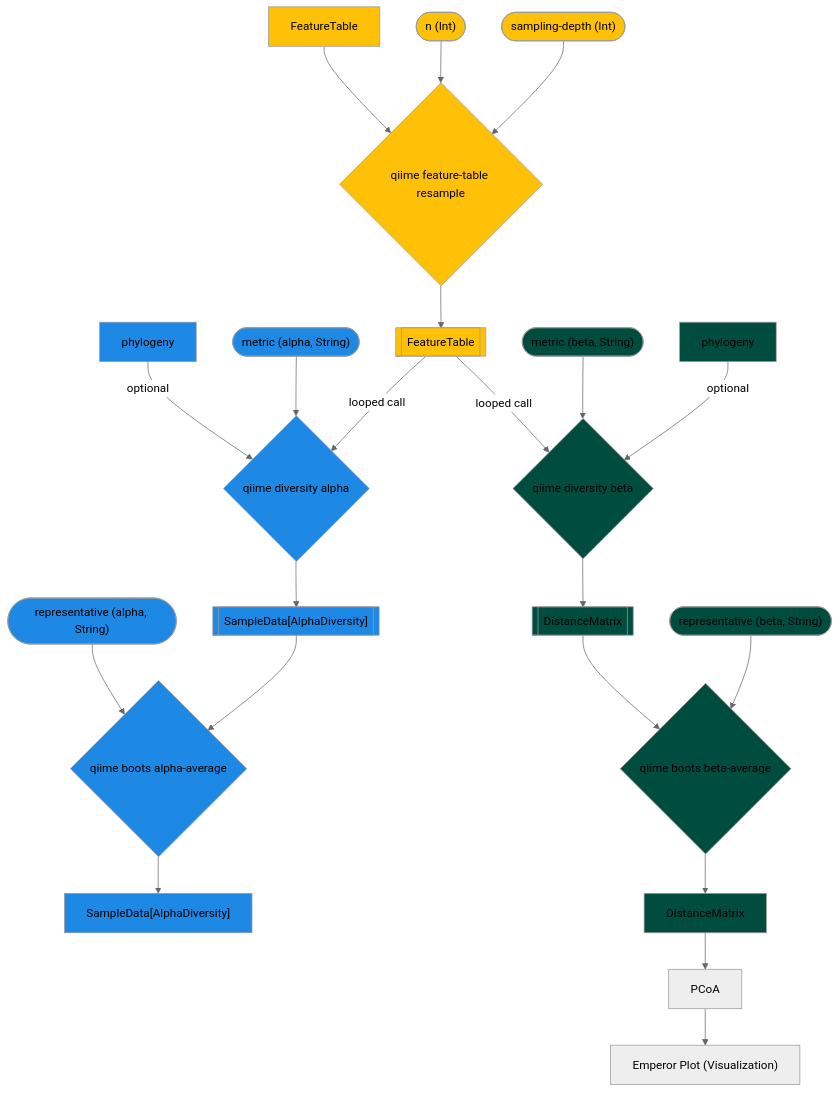
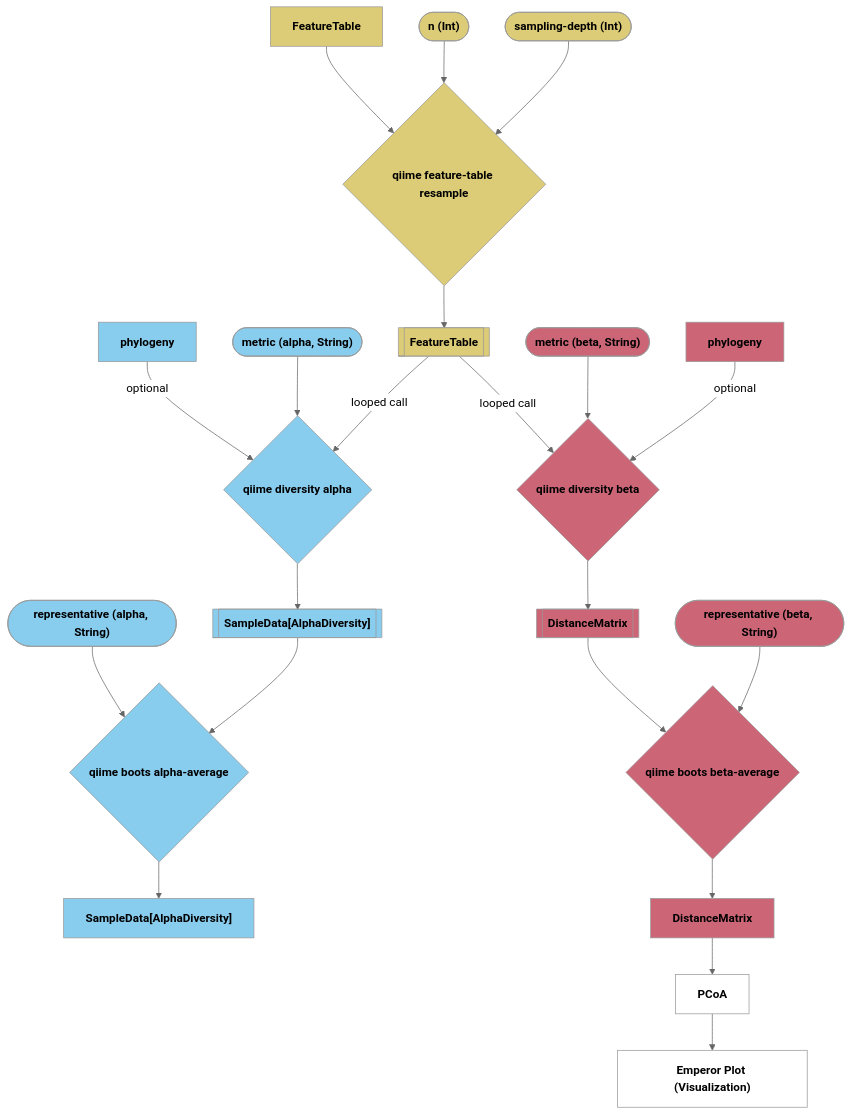
Before and after one commit to caporaso-lab/q2-boots: the diagram in pipeline-chart.md, drawn with Mermaid (neutral theme).

Commit message:
bold chart

````diff
--- a/pipeline-chart.md
+++ b/pipeline-chart.md
@@ -1,62 +1,54 @@
 ```mermaid
 flowchart TD
     
-    feature-table[FeatureTable] --> resample
-    n(["n (Int)"]) --> resample
-    sampling-depth(["sampling-depth (Int)"]) --> resample
-    phylogeny-alpha[phylogeny] -- optional --> div-alpha
-    alpha-metric(["metric (alpha, String)"]) --> div-alpha
-    resample{qiime feature-table resample} -->
-    feature-collection[[FeatureTable]] -- looped call --> div-alpha
+    feature-table["<b>FeatureTable"] --> resample
+    n(["<b>n (Int)"]) --> resample
+    sampling-depth(["<b>sampling-depth (Int)"]) --> resample
+    phylogeny-alpha[<b>phylogeny] -- optional --> div-alpha
+    alpha-metric(["<b>metric (alpha, String)"]) --> div-alpha
+    resample{<b>qiime feature-table resample} -->
+    feature-collection[[<b>FeatureTable]] -- looped call --> div-alpha
     feature-collection -- looped call --> beta-diversity
-    div-alpha{qiime diversity alpha} --> sd-collection
-    alpha-rep(["representative (alpha, String)"]) --> alpha-avg
-    sd-collection[["SampleData[AlphaDiversity]"]] -->
-    alpha-avg{qiime boots alpha-average} -->
-    sample-data["SampleData[AlphaDiversity]"]
+    div-alpha{<b>qiime diversity alpha} --> sd-collection
+    alpha-rep(["<b>representative (alpha, String)"]) --> alpha-avg
+    sd-collection[["<b>SampleData[AlphaDiversity]"]] -->
+    alpha-avg{<b>qiime boots alpha-average} -->
+    sample-data["<b>SampleData[AlphaDiversity]"]
 
-    style feature-table fill:#FFC107
-    style feature-table color:black
+    style feature-table fill:#DDCC77
+    style n fill:#DDCC77
+    style sampling-depth fill:#DDCC77
+    style resample fill:#DDCC77
+    style feature-collection fill:#DDCC77
 
-    style n fill:#FFC107
-    style n color:black
+    style phylogeny-alpha fill:#88CCEE
+    style alpha-metric fill:#88CCEE
+    style div-alpha fill:#88CCEE
+    style sd-collection fill:#88CCEE
+    style alpha-rep fill:#88CCEE
+    style alpha-avg fill:#88CCEE
+    style sample-data fill:#88CCEE
 
-    style sampling-depth fill:#FFC107
-    style sampling-depth color:black
+    beta-diversity{<b>qiime diversity beta} --> dms
+    beta-metric(["<b>metric (beta, String)"]) --> beta-diversity
+    phylogeny-beta[<b>phylogeny] -- optional --> beta-diversity
 
-    style resample fill:#FFC107
-    style resample color:black
-    style feature-collection color:black
-    style feature-collection fill:#FFC107
+    dms[[<b>DistanceMatrix]] --> beta-average
+    beta-rep(["<b>representative (beta, String)"]) -->
+    beta-average{<b>qiime boots beta-average} -->
+    dm[<b>DistanceMatrix]
+  
+    style beta-diversity fill:#CC6677
+    style beta-metric fill:#CC6677
+    style phylogeny-beta fill:#CC6677
+    style dms fill:#CC6677
+    style beta-rep fill:#CC6677
+    style beta-average fill:#CC6677
+    style dm fill:#CC6677
 
-    style phylogeny-alpha fill:#1E88E5
-    style alpha-metric fill:#1E88E5
-    style div-alpha fill:#1E88E5
-    style sd-collection fill:#1E88E5
-    style alpha-rep fill:#1E88E5
-    style alpha-avg fill:#1E88E5
-
-    style sample-data fill:#1E88E5
-
-    beta-diversity{qiime diversity beta} --> dms
-    beta-metric(["metric (beta, String)"]) --> beta-diversity
-    phylogeny-beta[phylogeny] -- optional --> beta-diversity
-
-    dms[[DistanceMatrix]] --> beta-average
-    beta-rep(["representative (beta, String)"]) -->
-    beta-average{qiime boots beta-average} -->
-    dm[DistanceMatrix]
-  
-    style beta-diversity fill:#004D40
-
-    style beta-metric fill:#004D40
-    style phylogeny-beta fill:#004D40
-    style dms fill:#004D40
-    style beta-rep fill:#004D40
-    style beta-average fill:#004D40
-    style dm fill:#004D40
-
-    dm --> pcoa[PCoA] -->
-    emperor-plot["Emperor Plot (Visualization)"]
+    dm --> pcoa[<b>PCoA] --> emperor-plot
+    style pcoa fill:white
+    style emperor-plot fill:white
+    emperor-plot["<b>Emperor Plot (Visualization)"]
     
 ```
````
